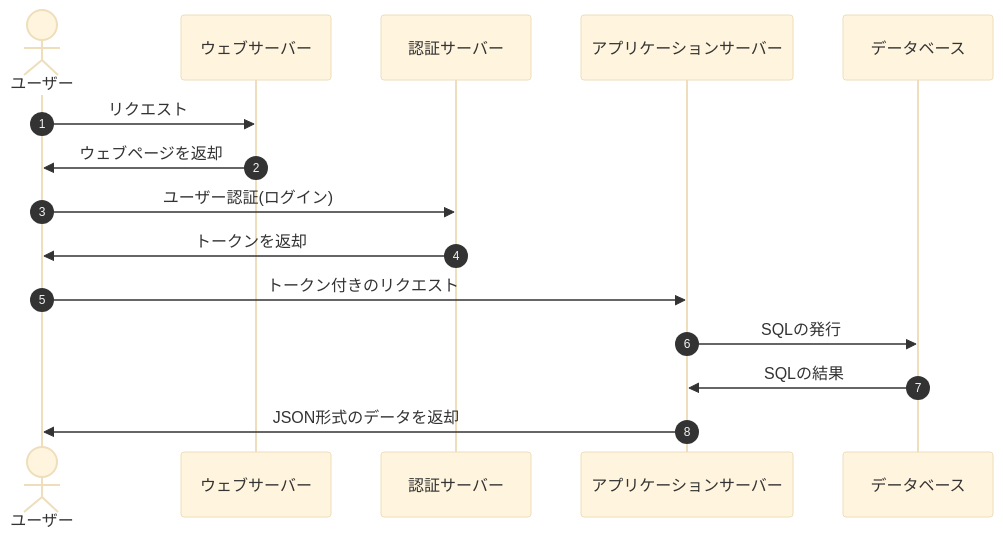
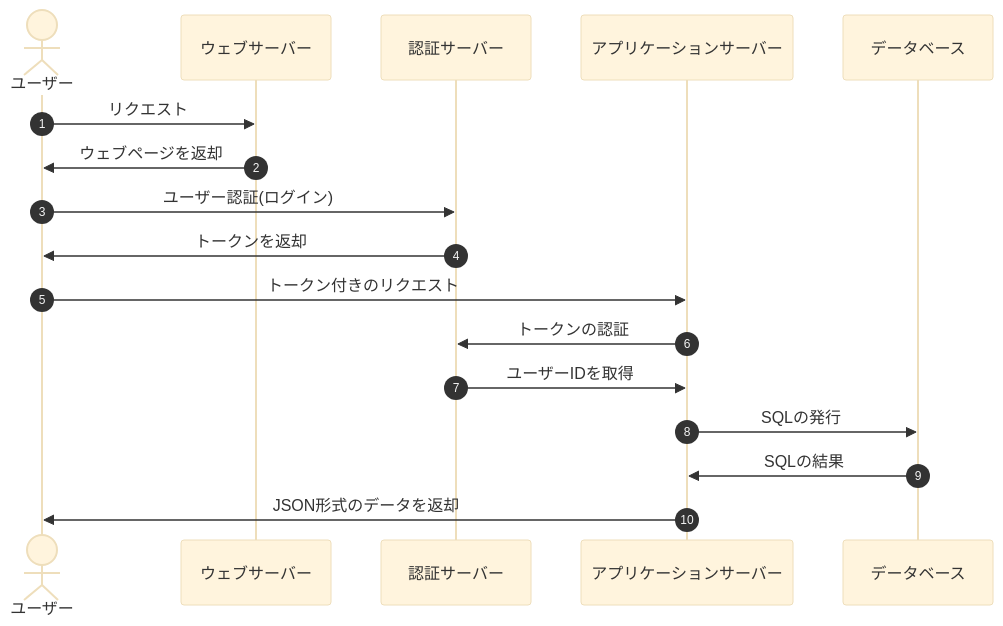
One commit to kyana0817/matching-app-design changed the second of 4 diagrams in README.md. Above: the diagram before and after it, drawn with Mermaid (base theme). The commit also changed other lines of this file and 3 other files, not shown here.

````diff
--- a/README.md
+++ b/README.md
@@ -105,17 +107,19 @@
 ```mermaid
 sequenceDiagram
     autonumber
     actor user as ユーザー
     participant web as ウェブサーバー
     participant auth as 認証サーバー
     participant app as アプリケーションサーバー
     participant db as データベース
     user->>web: リクエスト
     web->>user: ウェブページを返却
     user->>auth:　ユーザー認証(ログイン)
     auth->>user: トークンを返却
     user->>app: トークン付きのリクエスト
+    app->>auth: トークンの認証
+    auth->>app: ユーザーIDを取得
     app->>db: SQLの発行
     db->>app: SQLの結果
     app->>user: JSON形式のデータを返却
 ```
````
